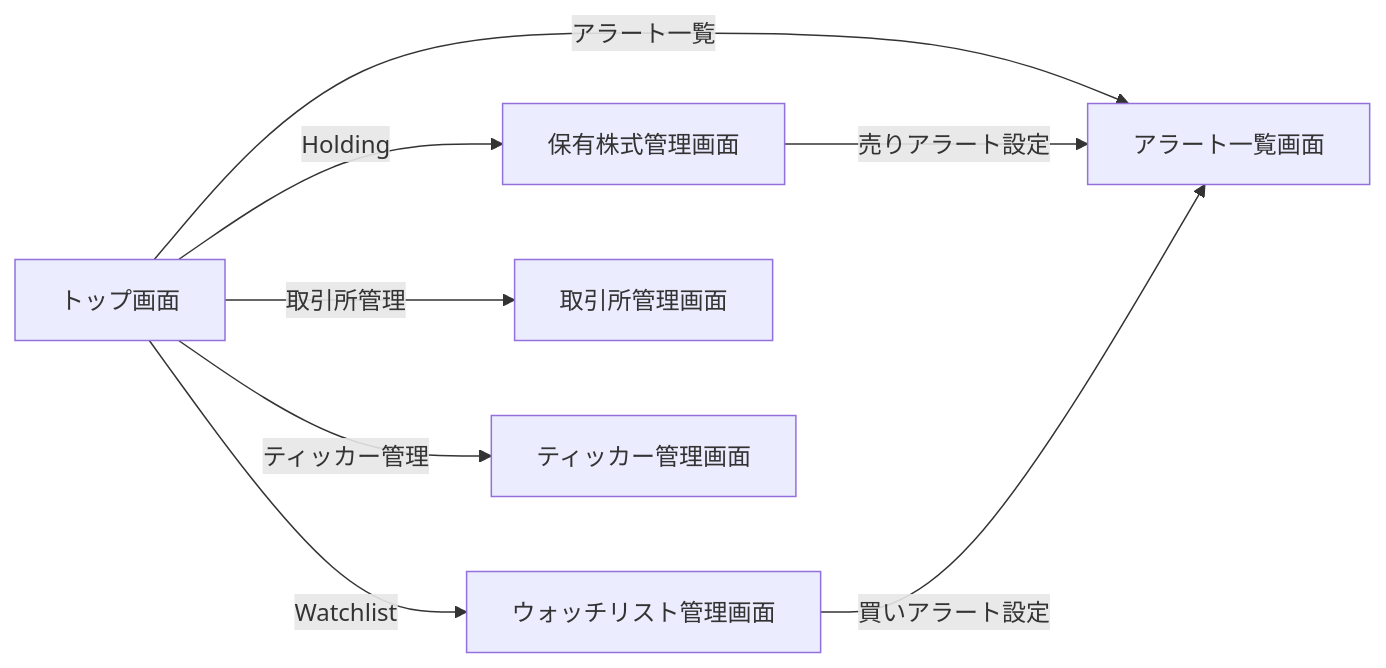
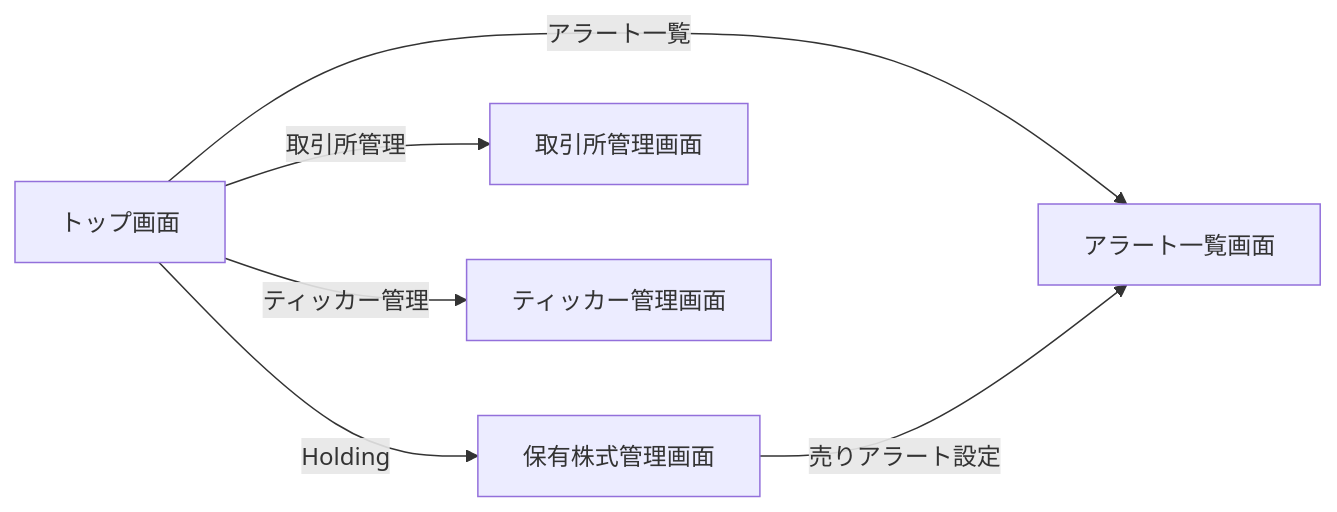
One commit to nagiyu/nagiyu-platform changed the diagram in docs/services/stock-tracker/requirements.md. Above: the diagram before and after it, drawn with Mermaid. The commit also changed other lines of this file and 33 other files, not shown here.

````diff
--- a/docs/services/stock-tracker/requirements.md
+++ b/docs/services/stock-tracker/requirements.md
@@ -282,10 +280,8 @@
 ```mermaid
 graph LR
     A[トップ画面] -->|Holding| B[保有株式管理画面]
-    A -->|Watchlist| C[ウォッチリスト管理画面]
     A -->|アラート一覧| D[アラート一覧画面]
     A -->|取引所管理| E[取引所管理画面]
     A -->|ティッカー管理| F[ティッカー管理画面]
     B -->|売りアラート設定| D
-    C -->|買いアラート設定| D
 ```
````
